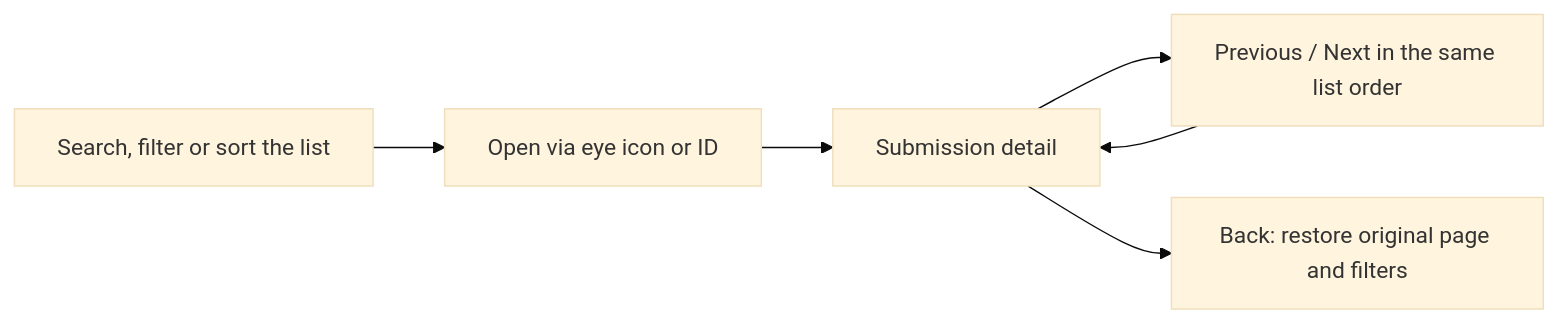
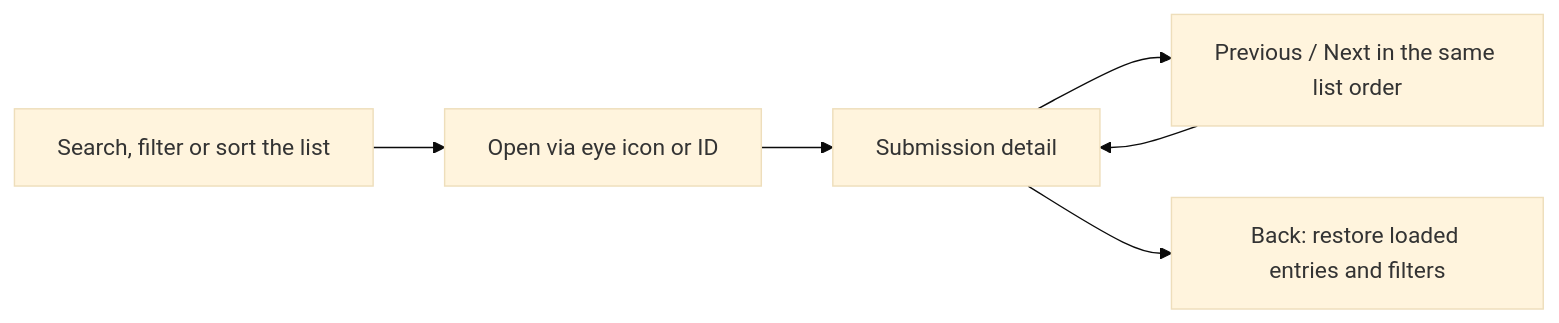
Before and after one commit to dmoo500/audio-fingerprint-server: the diagram in docs/operations/admin.md, drawn with Mermaid (base theme). The commit also changed other lines of this file and 12 other files, not shown here.

````diff
--- a/docs/operations/admin.md
+++ b/docs/operations/admin.md
@@ -74,8 +74,8 @@
 ```mermaid
 flowchart LR
     List["Search, filter or sort the list"] --> Open["Open via eye icon or ID"]
     Open --> Detail["Submission detail"]
     Detail --> Browse["Previous / Next in the same list order"]
     Browse --> Detail
-    Detail --> Back["Back: restore original page and filters"]
+    Detail --> Back["Back: restore loaded entries and filters"]
 ```
````
